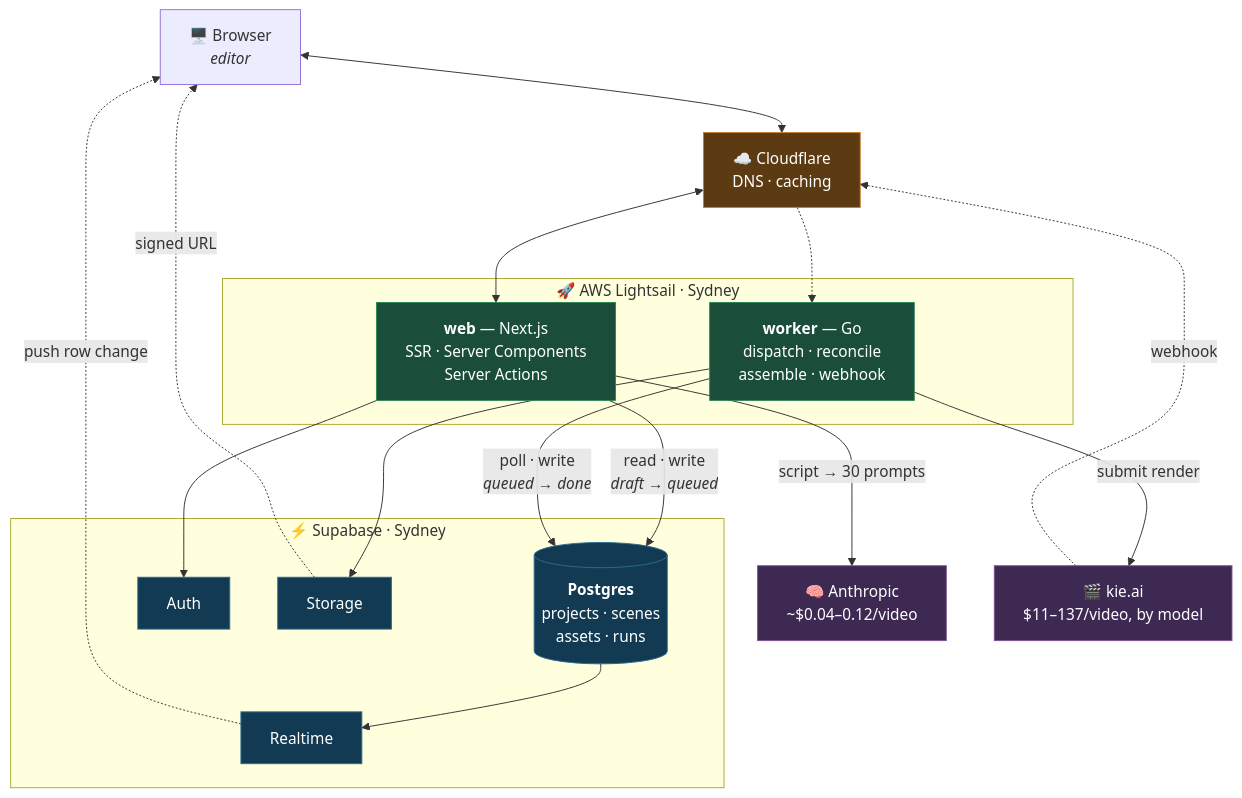
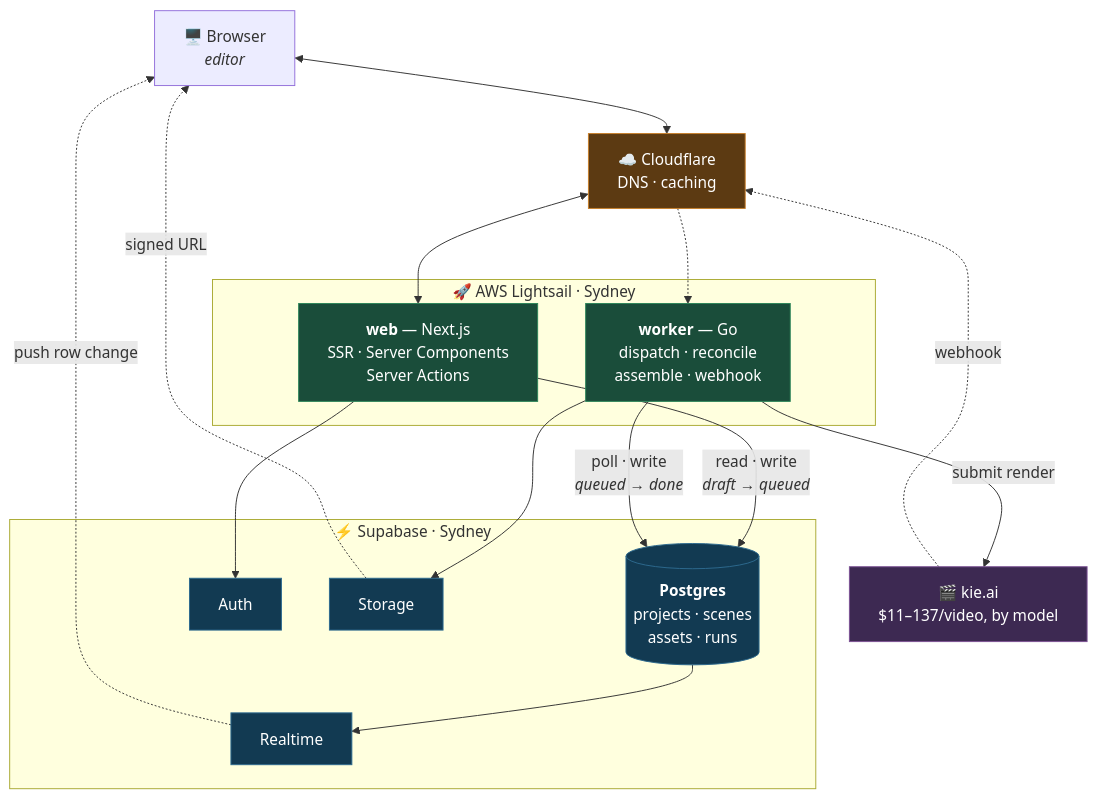
One commit to kvbengo-ops/Mason-Studios- changed the first of 2 diagrams in README.md. Above: the diagram before and after it, drawn with Mermaid. The commit also changed other lines of this file and 1 other file, not shown here.

First line of the commit message:
Drop Anthropic from the architecture diagram; mark Claude optional

````diff
--- a/README.md
+++ b/README.md
@@ -15,45 +19,43 @@
 ```mermaid
 flowchart TB
     UI["🖥️ Browser<br/><i>editor</i>"]
     CF["☁️ Cloudflare<br/>DNS · caching"]
 
     subgraph lightsail["🚀 AWS Lightsail · Sydney"]
         WEB["<b>web</b> — Next.js<br/>SSR · Server Components<br/>Server Actions"]
         GO["<b>worker</b> — Go<br/>dispatch · reconcile<br/>assemble · webhook"]
     end
 
     subgraph supabase["⚡ Supabase · Sydney"]
         PG[("<b>Postgres</b><br/>projects · scenes<br/>assets · runs")]
         AUTH["Auth"]
         STORE["Storage"]
         RT["Realtime"]
     end
 
-    CLAUDE["🧠 Anthropic<br/>~$0.04–0.12/video"]
     KIE["🎬 kie.ai<br/>$11–137/video, by model"]
 
     UI <--> CF
     CF <--> WEB
     WEB --> AUTH
     WEB -- "read · write<br/><i>draft → queued</i>" --> PG
-    WEB -- "script → 30 prompts" --> CLAUDE
 
     GO -- "poll · write<br/><i>queued → done</i>" --> PG
     GO -- "submit render" --> KIE
     KIE -. "webhook" .-> CF
     CF -.-> GO
     GO --> STORE
 
     PG --> RT
     RT -. "push row change" .-> UI
     STORE -. "signed URL" .-> UI
 
     classDef ours fill:#1a4d3a,stroke:#2d8659,color:#fff
     classDef data fill:#123a52,stroke:#2d6a8f,color:#fff
     classDef ext fill:#3d2952,stroke:#7c5295,color:#fff
     classDef cdn fill:#5c3a12,stroke:#c77f2a,color:#fff
     class WEB,GO ours
     class PG,AUTH,STORE,RT data
-    class CLAUDE,KIE ext
+    class KIE ext
     class CF cdn
 ```
````
